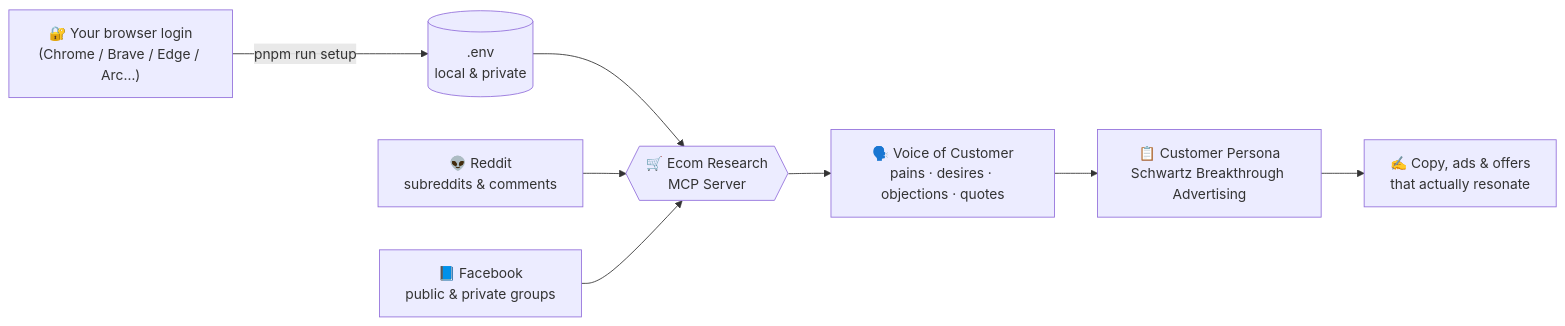
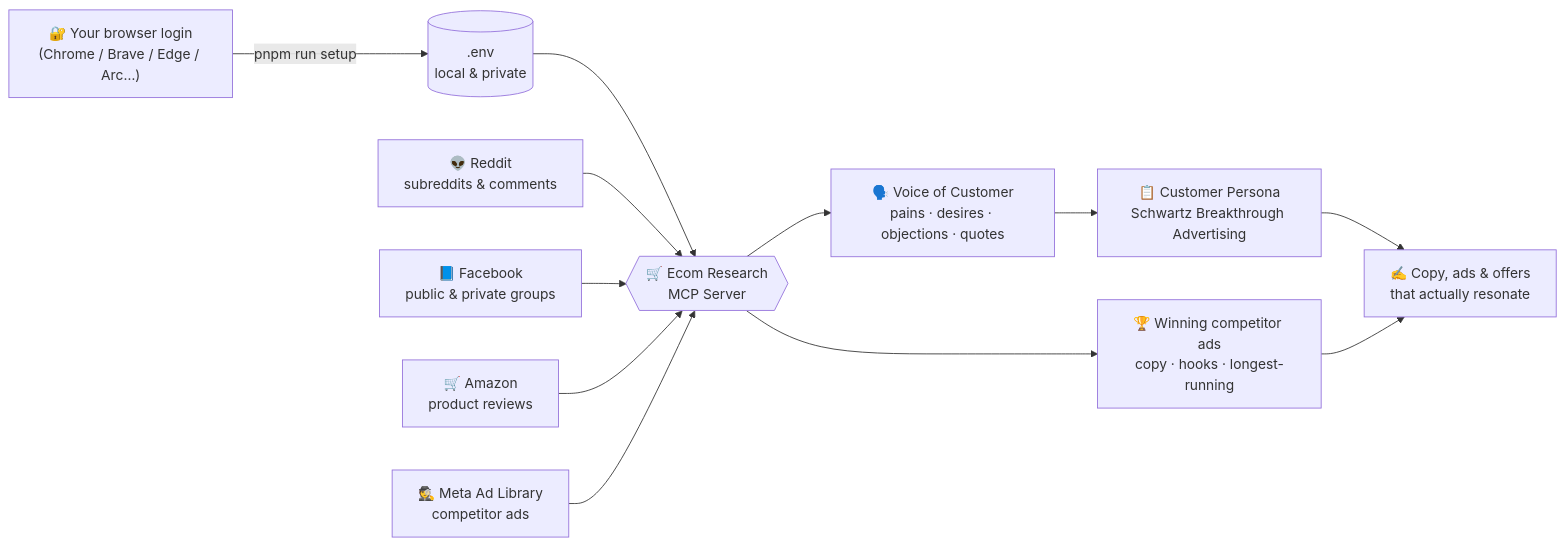
Before and after one commit to JelmerRoyalution/ecom-mcp-server: the diagram in README.md, drawn with Mermaid. The commit also changed other lines of this file and 36 other files, not shown here.

First line of the commit message:
feat: Meta Ad Library scraper (competitor ad spying) + Amazon reviews module

````diff
--- a/README.md
+++ b/README.md
@@ -172,10 +204,14 @@
 ```mermaid
 flowchart LR
     L["🔐 Your browser login<br/>(Chrome / Brave / Edge / Arc…)"] -->|"pnpm run setup"| ENV[(".env<br/>local & private")]
     ENV --> S{{"🛒 Ecom Research<br/>MCP Server"}}
     R["👽 Reddit<br/>subreddits & comments"] --> S
     F["📘 Facebook<br/>public & private groups"] --> S
+    A["🛒 Amazon<br/>product reviews"] --> S
+    M["🕵️ Meta Ad Library<br/>competitor ads"] --> S
     S --> V["🗣️ Voice of Customer<br/>pains · desires · objections · quotes"]
+    S --> W["🏆 Winning competitor ads<br/>copy · hooks · longest-running"]
     V --> P["📋 Customer Persona<br/>Schwartz Breakthrough Advertising"]
     P --> C["✍️ Copy, ads & offers<br/>that actually resonate"]
+    W --> C
 ```
````
